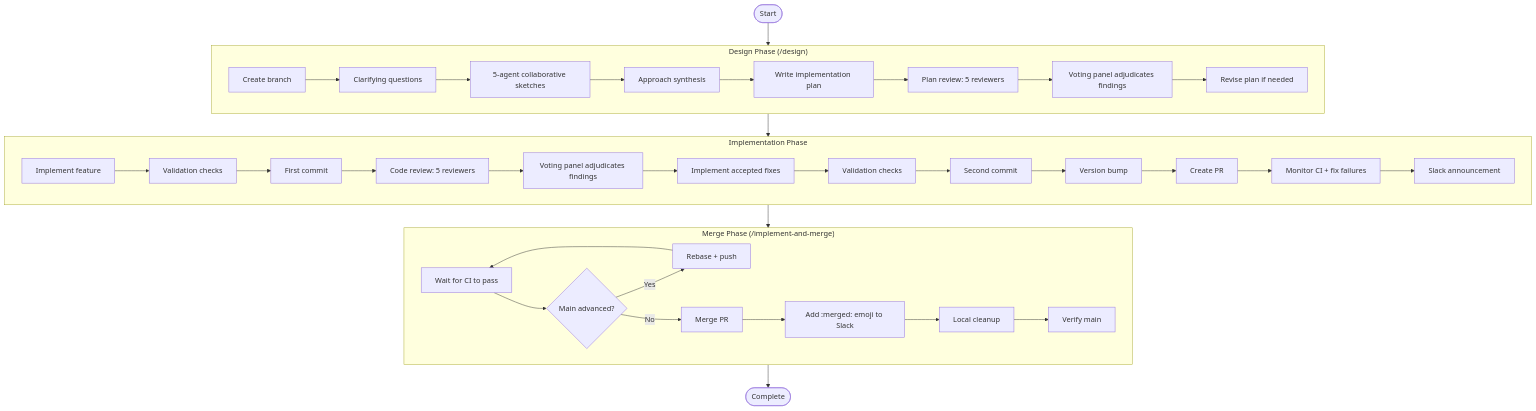
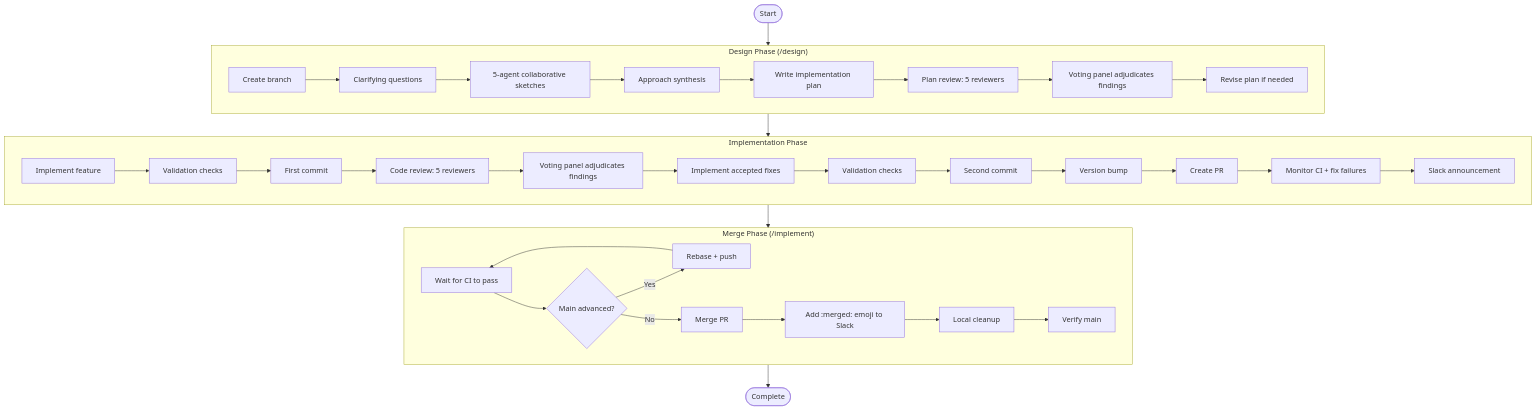
The second of 2 diagrams in docs/workflow-lifecycle.md (zhupanov/larch), drawn with Mermaid before and after one commit. The commit also changed other lines of this file and 16 other files, not shown here.

First line of the commit message:
Consolidate /implement and /implement-and-merge: Phase 3 (rename to /implement) (#25)

````diff
--- a/docs/workflow-lifecycle.md
+++ b/docs/workflow-lifecycle.md
@@ -30,44 +30,44 @@
 ```mermaid
 flowchart TD
     START([Start]) --> DESIGN_PHASE
 
     subgraph DESIGN_PHASE["Design Phase (/design)"]
         BRANCH[Create branch] --> QUESTIONS[Clarifying questions]
         QUESTIONS --> SKETCHES[5-agent collaborative sketches]
         SKETCHES --> SYNTHESIS[Approach synthesis]
         SYNTHESIS --> PLAN[Write implementation plan]
         PLAN --> PLAN_REVIEW[Plan review: 5 reviewers]
         PLAN_REVIEW --> VOTE1[Voting panel adjudicates findings]
         VOTE1 --> REVISE[Revise plan if needed]
     end
 
     DESIGN_PHASE --> IMPL_PHASE
 
     subgraph IMPL_PHASE["Implementation Phase"]
         CODE[Implement feature] --> VALIDATE1[Validation checks]
         VALIDATE1 --> COMMIT1[First commit]
         COMMIT1 --> CODE_REVIEW[Code review: 5 reviewers]
         CODE_REVIEW --> VOTE2[Voting panel adjudicates findings]
         VOTE2 --> FIX[Implement accepted fixes]
         FIX --> VALIDATE2[Validation checks]
         VALIDATE2 --> COMMIT2[Second commit]
         COMMIT2 --> VERSION[Version bump]
         VERSION --> PR[Create PR]
         PR --> CI_MONITOR[Monitor CI + fix failures]
         CI_MONITOR --> SLACK[Slack announcement]
     end
 
     IMPL_PHASE --> MERGE_PHASE
 
-    subgraph MERGE_PHASE["Merge Phase (/implement-and-merge)"]
+    subgraph MERGE_PHASE["Merge Phase (/implement)"]
         CI_WAIT[Wait for CI to pass] --> REBASE{Main advanced?}
         REBASE -->|Yes| DO_REBASE[Rebase + push]
         DO_REBASE --> CI_WAIT
         REBASE -->|No| MERGE[Merge PR]
         MERGE --> EMOJI[Add :merged: emoji to Slack]
         EMOJI --> CLEANUP[Local cleanup]
         CLEANUP --> VERIFY[Verify main]
     end
 
     MERGE_PHASE --> DONE([Complete])
 ```
````
